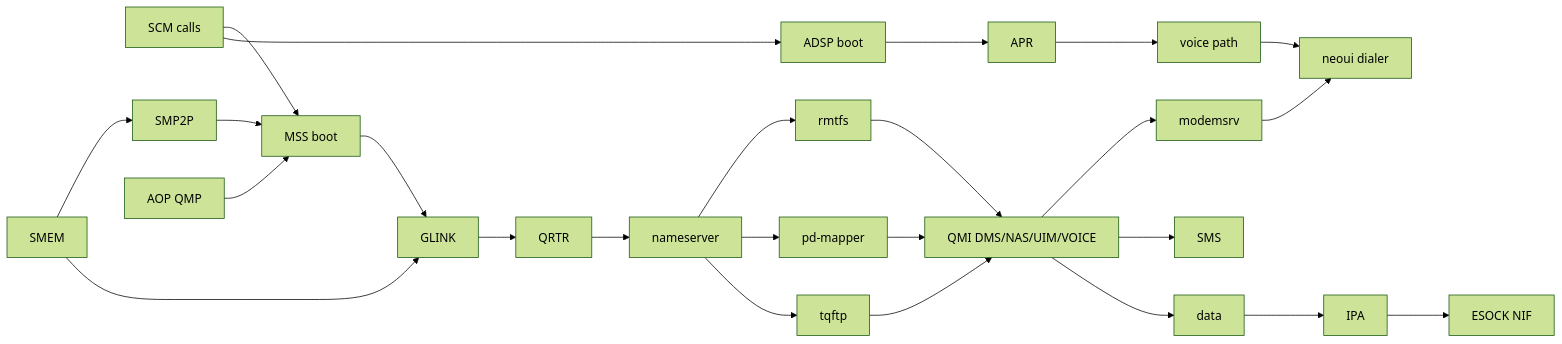
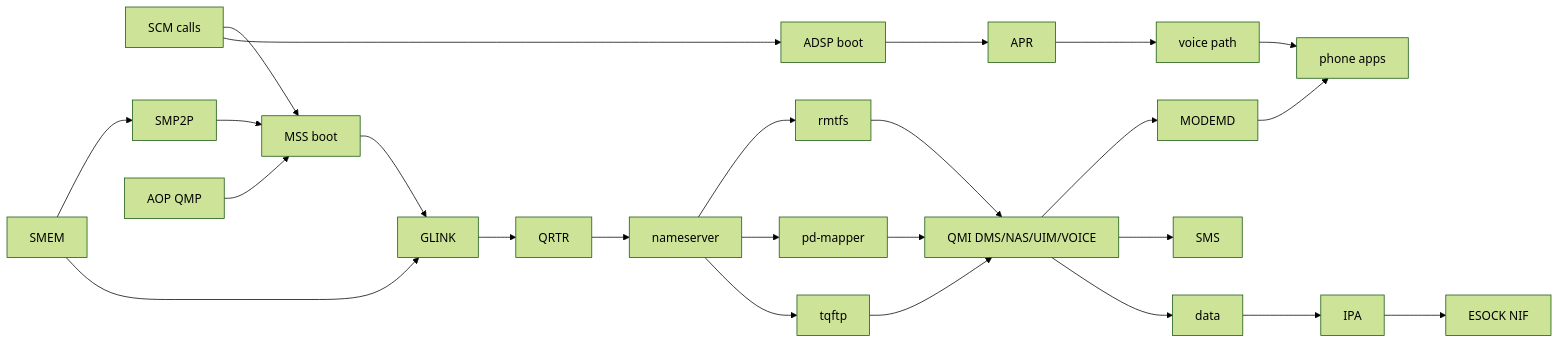
One commit to NeoSymbian/docs changed the diagram in hardware/modem.md. Above: the diagram before and after it, drawn with Mermaid (forest theme). The commit also changed other lines of this file and 15 other files, not shown here.

````diff
--- a/hardware/modem.md
+++ b/hardware/modem.md
@@ -61,15 +62,15 @@
 ```mermaid
 graph LR
   SCM[SCM calls] --> MSS[MSS boot]
   SMEM --> SMP2P --> MSS
   SMEM --> GLINK --> QRTR
   QMP[AOP QMP] --> MSS
   MSS --> GLINK
   QRTR --> NS[nameserver]
   NS --> RMTFS[rmtfs] & PDM[pd-mapper] & TFTP[tqftp]
   RMTFS & PDM & TFTP --> QMI[QMI DMS/NAS/UIM/VOICE]
-  QMI --> MSRV[modemsrv] --> UI[neoui dialer]
+  QMI --> MSRV[MODEMD] --> UI[phone apps]
   SCM --> ADSP[ADSP boot] --> APR --> VOICE[voice path] --> UI
   QMI --> WMS[SMS]
   QMI --> WDS[data] --> IPA --> NIF[ESOCK NIF]
 ```
````
